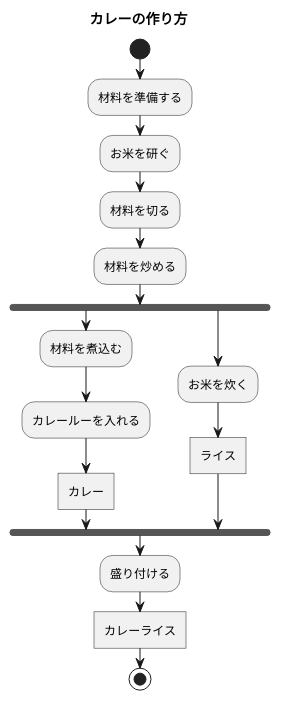
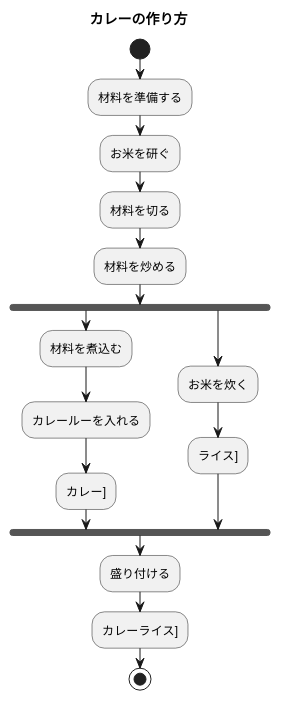
Before and after one commit to hatakeyama12/uml-intro: the diagram in 7章練習_ACカレーライス.pu, drawn with PlantUML.

Commit message:
練習７を編集

```diff
--- a/7章練習_ACカレーライス.pu
+++ b/7章練習_ACカレーライス.pu
@@ -1,20 +1,20 @@
 @startuml 7章練習
 title カレーの作り方
 start
 :材料を準備する;
 :お米を研ぐ;
 :材料を切る;
 :材料を炒める;
 fork
 :材料を煮込む;
 :カレールーを入れる;
-:カレー]
+:カレー];
 fork again
 :お米を炊く;
-:ライス]
+:ライス];
 end fork
 :盛り付ける;
-:カレーライス]
+:カレーライス];
 stop
 
 @enduml
```
